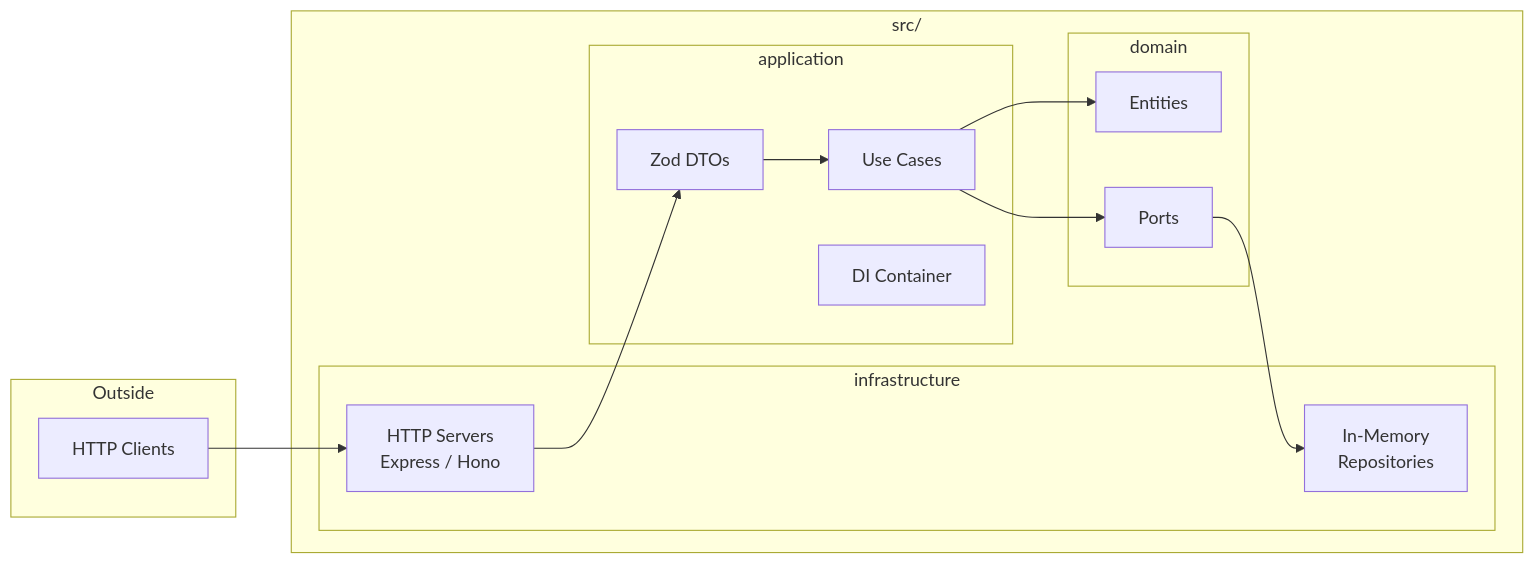
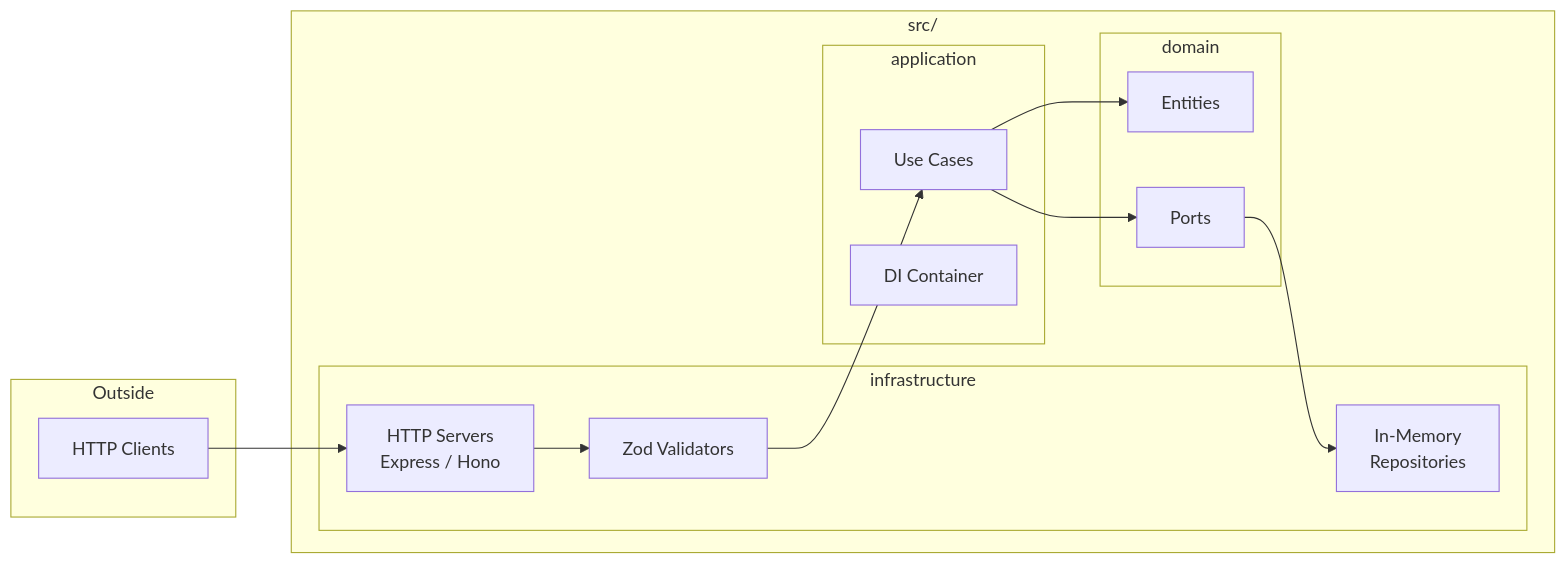
The second of 2 diagrams in docs/architecture.md (MohamedAljoke/social-deduction-game), drawn with Mermaid before and after one commit. The commit also changed other lines of this file and 1 other file, not shown here.

Commit message:
change mds

````diff
--- a/docs/architecture.md
+++ b/docs/architecture.md
@@ -103,31 +103,31 @@
 ```mermaid
 flowchart LR
     subgraph "Outside"
         Client[HTTP Clients]
     end
 
     subgraph "src/"
-        subgraph "infrastructure"
-            HTTP[HTTP Servers<br/>Express / Hono]
-            Persistence[In-Memory<br/>Repositories]
-        end
+    subgraph "infrastructure"
+        HTTP[HTTP Servers<br/>Express / Hono]
+        Validators[Zod Validators]
+        Persistence[In-Memory<br/>Repositories]
+    end
 
-        subgraph "application"
-            UseCases[Use Cases]
-            DTOs[Zod DTOs]
-            Container[DI Container]
-        end
+    subgraph "application"
+        UseCases[Use Cases]
+        Container[DI Container]
+    end
 
         subgraph "domain"
             Entities[Entities]
             Ports[Ports]
         end
     end
 
     Client --> HTTP
-    HTTP --> DTOs
-    DTOs --> UseCases
+    HTTP --> Validators
+    Validators --> UseCases
     UseCases --> Ports
     UseCases --> Entities
     Ports --> Persistence
 ```
````
